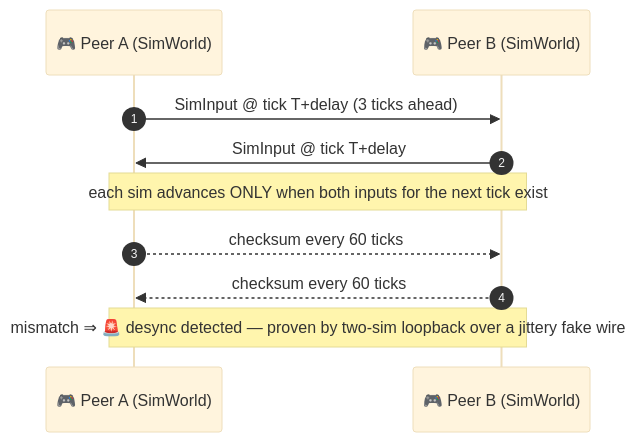
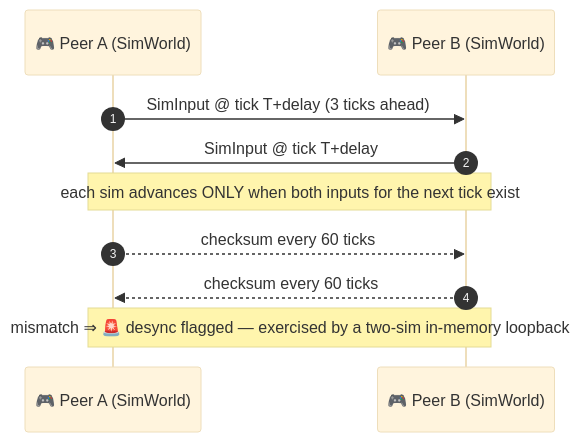
Before and after one commit to shoemoney/commander-in-chief: the third of 3 diagrams in README.md, drawn with Mermaid (base theme). The commit also changed other lines of this file and 2 other files, not shown here.

````diff
--- a/README.md
+++ b/README.md
@@ -245,12 +266,12 @@
 ```mermaid
 sequenceDiagram
     autonumber
     participant A as 🎮 Peer A (SimWorld)
     participant B as 🎮 Peer B (SimWorld)
     A->>B: SimInput @ tick T+delay (3 ticks ahead)
     B->>A: SimInput @ tick T+delay
     Note over A,B: each sim advances ONLY when both inputs for the next tick exist
     A-->>B: checksum every 60 ticks
     B-->>A: checksum every 60 ticks
-    Note over A,B: mismatch ⇒ 🚨 desync detected — proven by two-sim loopback over a jittery fake wire
+    Note over A,B: mismatch ⇒ 🚨 desync flagged — exercised by a two-sim in-memory loopback
 ```
````
